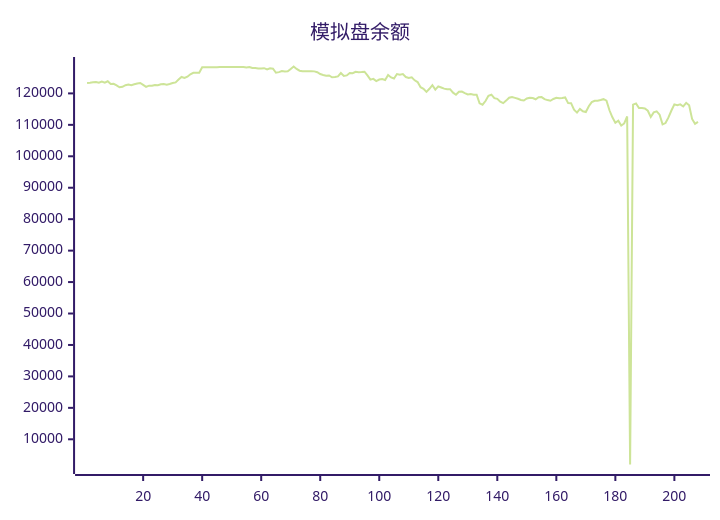
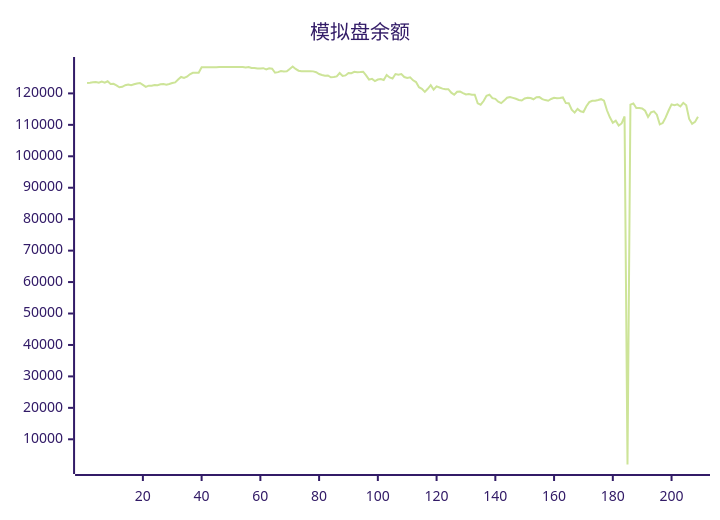
The diagram in README.md (aahl/ai-trading), drawn with Mermaid (forest theme) before and after one commit. The commit also changed other lines of this file and 1 other file, not shown here.

````diff
--- a/README.md
+++ b/README.md
@@ -5,5 +5,5 @@
 ```mermaid
 xychart
     title "模拟盘余额"
-    line [123338,123402,123530,123592,123378,123745,123413,123853,123009,123040,122557,121938,122095,122599,122856,122597,122898,123160,123319,122719,122087,122454,122416,122685,122592,122907,122961,122776,122981,123295,123507,124403,125224,124894,125303,126088,126544,126534,126549,128335,128318,128318,128318,128318,128318,128424,128424,128424,128424,128424,128424,128424,128424,128424,128247,128412,128062,128087,127917,127901,128026,127611,128000,127850,126572,126770,127100,126971,127029,127783,128554,127765,127224,127064,127044,127009,127025,127004,126738,126152,125871,125635,125707,125117,125217,125420,126480,125545,125715,126511,126424,126856,126764,126788,126890,125710,124381,124632,123936,124402,124574,124256,125833,125070,124739,126154,125966,126145,125213,124943,125143,124157,123604,121959,121476,120476,121470,122610,121201,122221,121889,121522,121332,121344,120232,119559,120513,120577,120108,119680,119777,119572,119568,116839,116392,117573,119250,119585,118469,118277,117338,116897,117706,118628,118849,118579,118280,117926,117735,118373,118639,118544,118136,118798,118819,118162,117874,117649,118215,118601,118463,118517,118713,116911,116899,114798,113887,115084,114313,114091,115934,117221,117658,117658,117883,118164,117693,114632,112403,110644,111313,109777,110444,112673,1984,116419,116772,115355,115355,115198,114476,112510,113954,114276,113223,110151,110561,112361,114562,116522,116265,116500,115845,117000,116199,111887,110306,110942]
+    line [123338,123402,123530,123592,123378,123745,123413,123853,123009,123040,122557,121938,122095,122599,122856,122597,122898,123160,123319,122719,122087,122454,122416,122685,122592,122907,122961,122776,122981,123295,123507,124403,125224,124894,125303,126088,126544,126534,126549,128335,128318,128318,128318,128318,128318,128424,128424,128424,128424,128424,128424,128424,128424,128424,128247,128412,128062,128087,127917,127901,128026,127611,128000,127850,126572,126770,127100,126971,127029,127783,128554,127765,127224,127064,127044,127009,127025,127004,126738,126152,125871,125635,125707,125117,125217,125420,126480,125545,125715,126511,126424,126856,126764,126788,126890,125710,124381,124632,123936,124402,124574,124256,125833,125070,124739,126154,125966,126145,125213,124943,125143,124157,123604,121959,121476,120476,121470,122610,121201,122221,121889,121522,121332,121344,120232,119559,120513,120577,120108,119680,119777,119572,119568,116839,116392,117573,119250,119585,118469,118277,117338,116897,117706,118628,118849,118579,118280,117926,117735,118373,118639,118544,118136,118798,118819,118162,117874,117649,118215,118601,118463,118517,118713,116911,116899,114798,113887,115084,114313,114091,115934,117221,117658,117658,117883,118164,117693,114632,112403,110644,111313,109777,110444,112673,1984,116419,116772,115355,115355,115198,114476,112510,113954,114276,113223,110151,110561,112361,114562,116522,116265,116500,115845,117000,116199,111887,110306,110942,112588]
 ```
````
